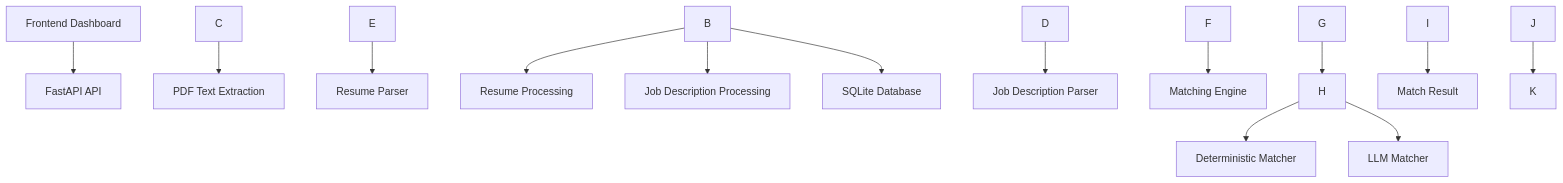
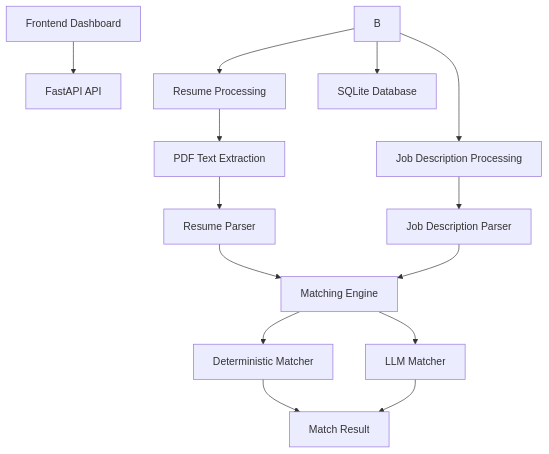
Before and after one commit to Jennie-Mileva/Smart-Resume-Screener: the diagram in README.md, drawn with Mermaid.

Commit message:
Improving architecture diagram

````diff
--- a/README.md
+++ b/README.md
@@ -73,23 +73,23 @@
 ```mermaid
 flowchart TD
     A\[Frontend Dashboard] --> B\[FastAPI API]
 
-    B --> C\[Resume Processing]
-    B --> D\[Job Description Processing]
+    B --> C[Resume Processing]
+    B --> D[Job Description Processing]
 
-    C --> E\[PDF Text Extraction]
-    E --> F\[Resume Parser]
+    C --> E[PDF Text Extraction]
+    E --> F[Resume Parser]
 
-    D --> G\[Job Description Parser]
+    D --> G[Job Description Parser]
 
-    F --> H\[Matching Engine]
+    F --> H[Matching Engine]
     G --> H
 
-    H --> I\[Deterministic Matcher]
-    H --> J\[LLM Matcher]
+    H --> I[Deterministic Matcher]
+    H --> J[LLM Matcher]
 
-    I --> K\[Match Result]
+    I --> K[Match Result]
     J --> K
 
-    B --> L\[SQLite Database]
+    B --> L[SQLite Database]
 ```
````
